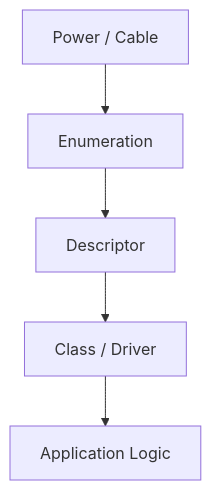
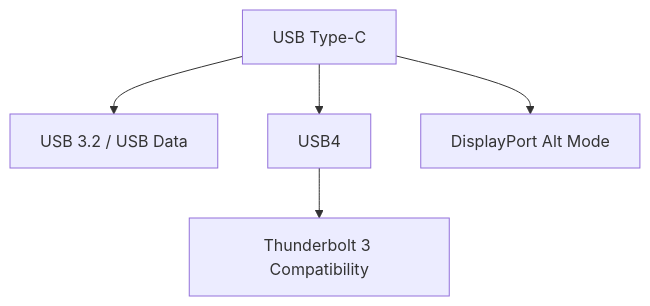
One commit to goura32/techbook changed diagram 12 of 13 in books/usb-from-spec/figures-final.md. Above: the diagram before and after it, drawn with Mermaid. The commit also changed other lines of this file and 38 other files, not shown here.

````diff
--- a/books/usb-from-spec/figures-final.md
+++ b/books/usb-from-spec/figures-final.md
@@ -124,7 +231,7 @@
 ```mermaid
 flowchart TD
-  A["Power / Cable"] --> B["Enumeration"]
-  B --> C["Descriptor"]
-  C --> D["Class / Driver"]
-  D --> E["Application Logic"]
+  A["USB Type-C"] --> B["USB 3.2 / USB Data"]
+  A --> C["USB4"]
+  A --> D["DisplayPort Alt Mode"]
+  C --> E["Thunderbolt 3 Compatibility"]
 ```
````
